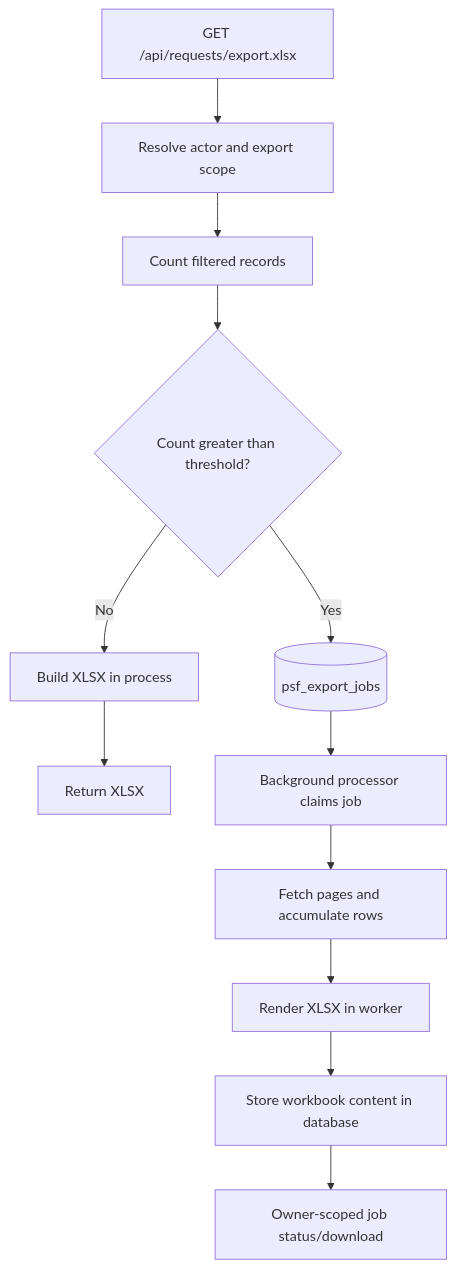
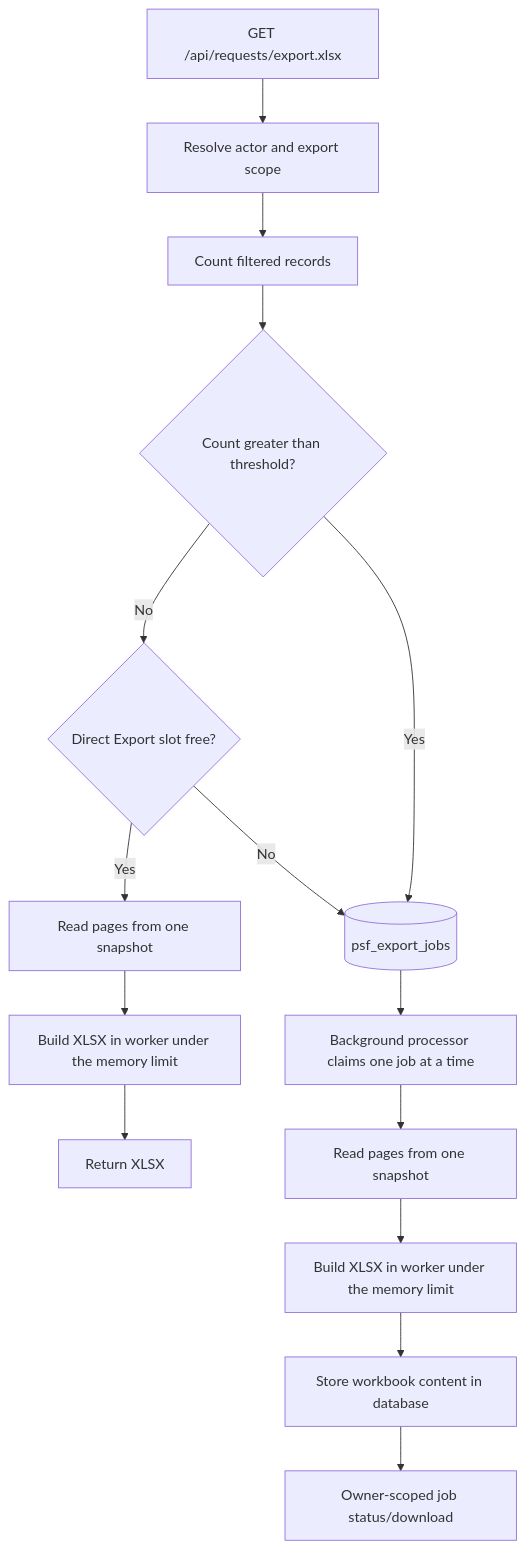
One commit to Kasidet4531/Web-Request-setup-file changed the seventh of 7 diagrams in docs/diagrams.md. Above: the diagram before and after it, drawn with Mermaid. The commit also changed other lines of this file and 7 other files, not shown here.

````diff
--- a/docs/diagrams.md
+++ b/docs/diagrams.md
@@ -147,14 +147,17 @@
 ```mermaid
 flowchart TD
   Export[GET /api/requests/export.xlsx] --> Policy[Resolve actor and export scope]
   Policy --> Count[Count filtered records]
   Count --> Threshold{Count greater than threshold?}
-  Threshold -->|No| Sync[Build XLSX in process]
-  Sync --> Download[Return XLSX]
-  Threshold -->|Yes| Queue[(psf_export_jobs)]
-  Queue --> Poll[Background processor claims job]
-  Poll --> Rows[Fetch pages and accumulate rows]
-  Rows --> Worker[Render XLSX in worker]
-  Worker --> Content[Store workbook content in database]
+  Threshold -->|No| Slot{Direct Export slot free?}
+  Slot -->|Yes| Snapshot[Read pages from one snapshot]
+  Snapshot --> Worker[Build XLSX in worker under the memory limit]
+  Worker --> Download[Return XLSX]
+  Slot -->|No| Queue[(psf_export_jobs)]
+  Threshold -->|Yes| Queue
+  Queue --> Poll[Background processor claims one job at a time]
+  Poll --> JobSnapshot[Read pages from one snapshot]
+  JobSnapshot --> JobWorker[Build XLSX in worker under the memory limit]
+  JobWorker --> Content[Store workbook content in database]
   Content --> Owner[Owner-scoped job status/download]
 ```
````
